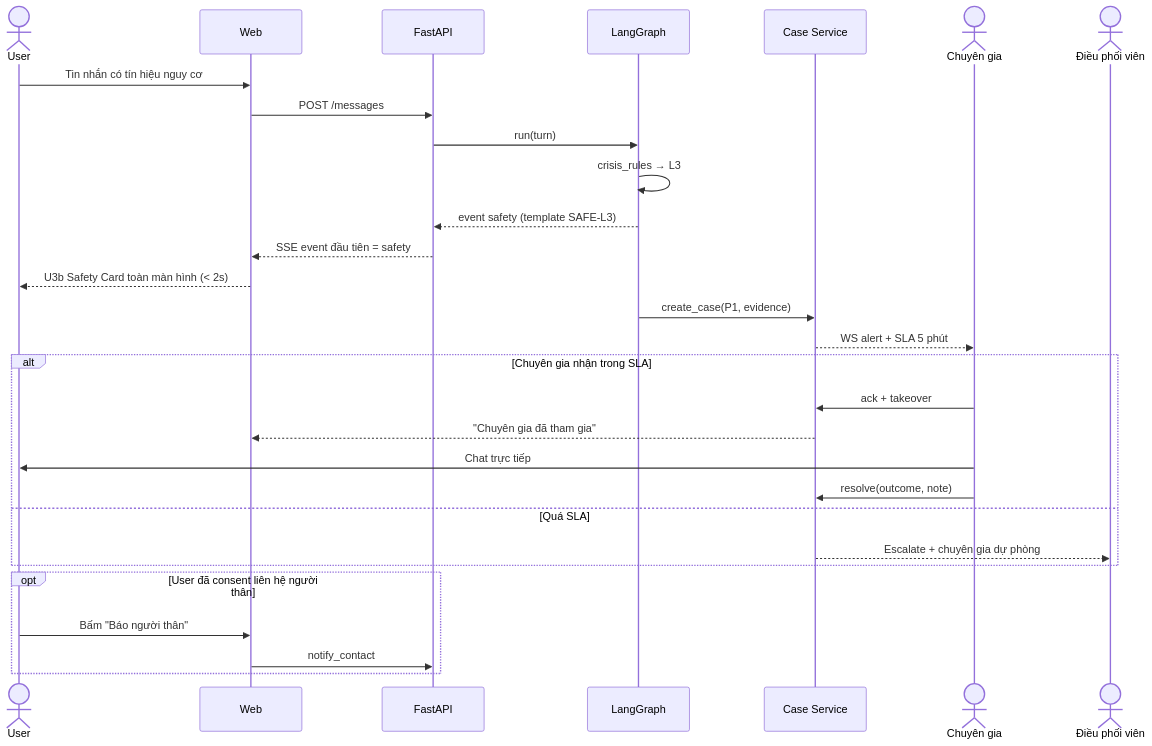
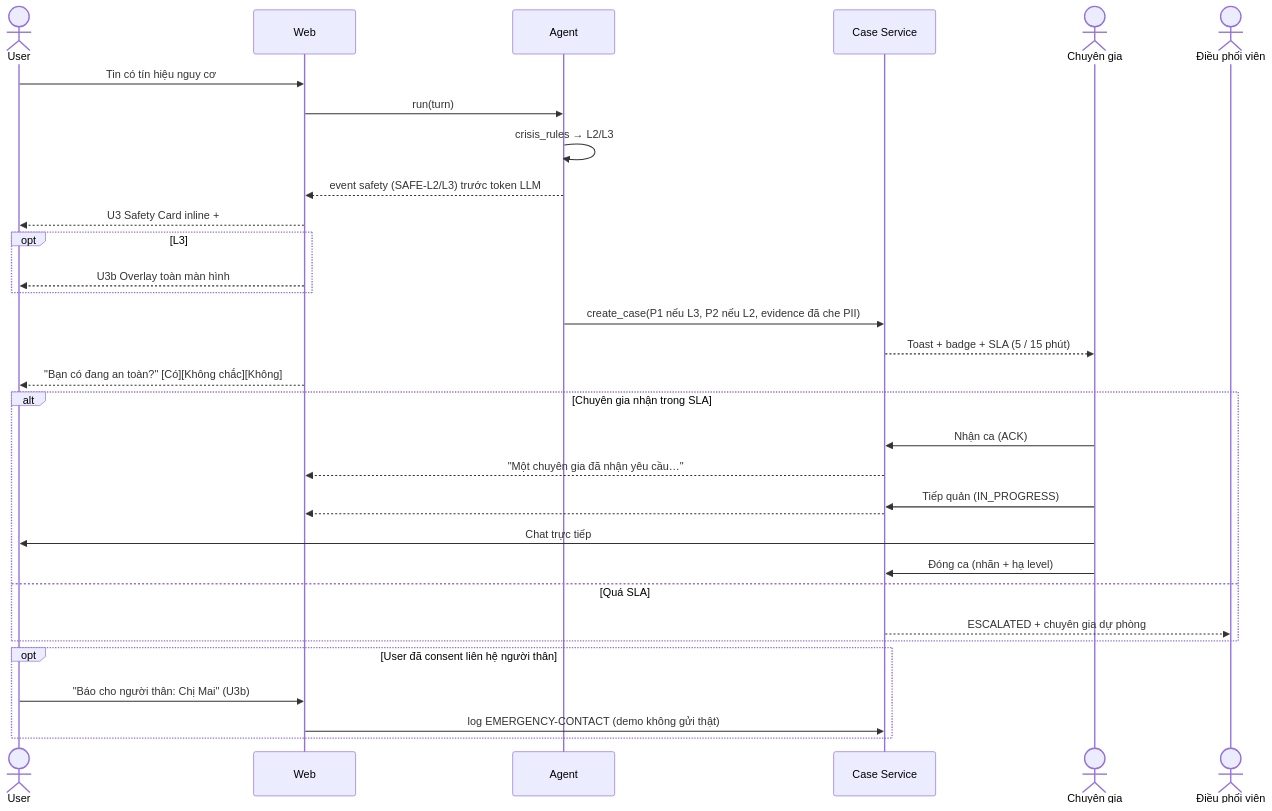
Before and after one commit to Quangvu256/demo-buildphase: the fourth of 6 diagrams in docs/03-WIREFRAME-UI-FLOW.md, drawn with Mermaid. The commit also changed other lines of this file and 2 other files, not shown here.

Commit message:
docs: add wireframe documentation and AI log session for Gate 1

````diff
--- a/docs/03-WIREFRAME-UI-FLOW.md
+++ b/docs/03-WIREFRAME-UI-FLOW.md
@@ -344,31 +483,34 @@
 ```mermaid
 sequenceDiagram
   actor U as User
   participant FE as Web
-  participant API as FastAPI
-  participant AG as LangGraph
+  participant AG as Agent
   participant CS as Case Service
   actor C as Chuyên gia
   actor K as Điều phối viên
-  U->>FE: Tin nhắn có tín hiệu nguy cơ
-  FE->>API: POST /messages
-  API->>AG: run(turn)
-  AG->>AG: crisis_rules → L3
-  AG-->>API: event safety (template SAFE-L3)
-  API-->>FE: SSE event đầu tiên = safety
-  FE-->>U: U3b Safety Card toàn màn hình (< 2s)
-  AG->>CS: create_case(P1, evidence)
-  CS-->>C: WS alert + SLA 5 phút
+  U->>FE: Tin có tín hiệu nguy cơ
+  FE->>AG: run(turn)
+  AG->>AG: crisis_rules → L2/L3
+  AG-->>FE: event safety (SAFE-L2/L3) trước token LLM
+  FE-->>U: U3 Safety Card inline + #pinned
+  opt L3
+    FE-->>U: U3b Overlay toàn màn hình
+  end
+  AG->>CS: create_case(P1 nếu L3, P2 nếu L2, evidence đã che PII)
+  CS-->>C: Toast + badge + SLA (5 / 15 phút)
+  FE-->>U: "Bạn có đang an toàn?" [Có][Không chắc][Không]
   alt Chuyên gia nhận trong SLA
-    C->>CS: ack + takeover
-    CS-->>FE: "Chuyên gia đã tham gia"
+    C->>CS: Nhận ca (ACK)
+    CS-->>FE: "Một chuyên gia đã nhận yêu cầu…"
+    C->>CS: Tiếp quản (IN_PROGRESS)
+    CS-->>FE: #takeoverBar, AI tạm dừng
     C->>U: Chat trực tiếp
-    C->>CS: resolve(outcome, note)
+    C->>CS: Đóng ca (nhãn + hạ level)
   else Quá SLA
-    CS-->>K: Escalate + chuyên gia dự phòng
+    CS-->>K: ESCALATED + chuyên gia dự phòng
   end
   opt User đã consent liên hệ người thân
-    U->>FE: Bấm "Báo người thân"
-    FE->>API: notify_contact
+    U->>FE: "Báo cho người thân: Chị Mai" (U3b)
+    FE->>CS: log EMERGENCY-CONTACT (demo không gửi thật)
   end
 ```
````
